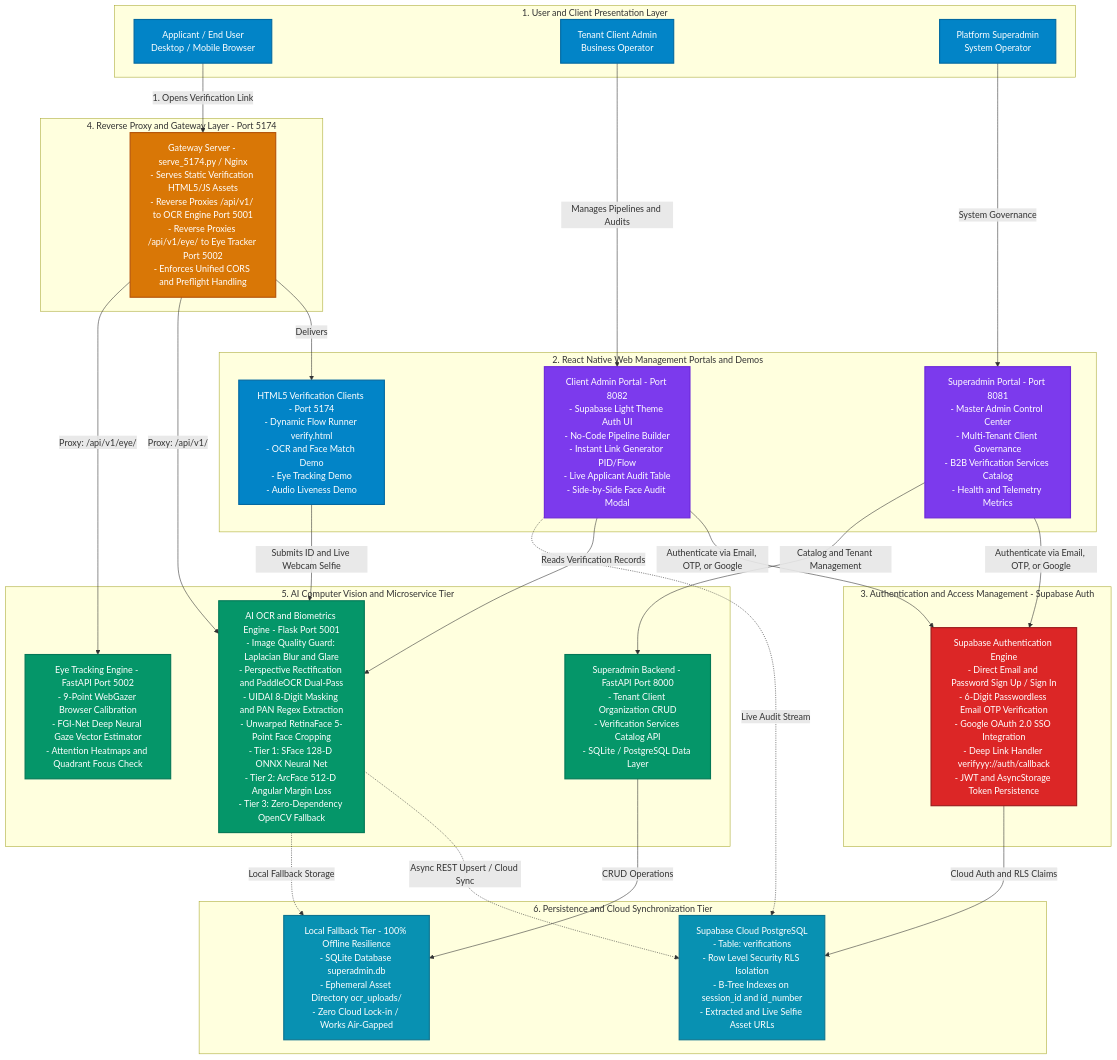
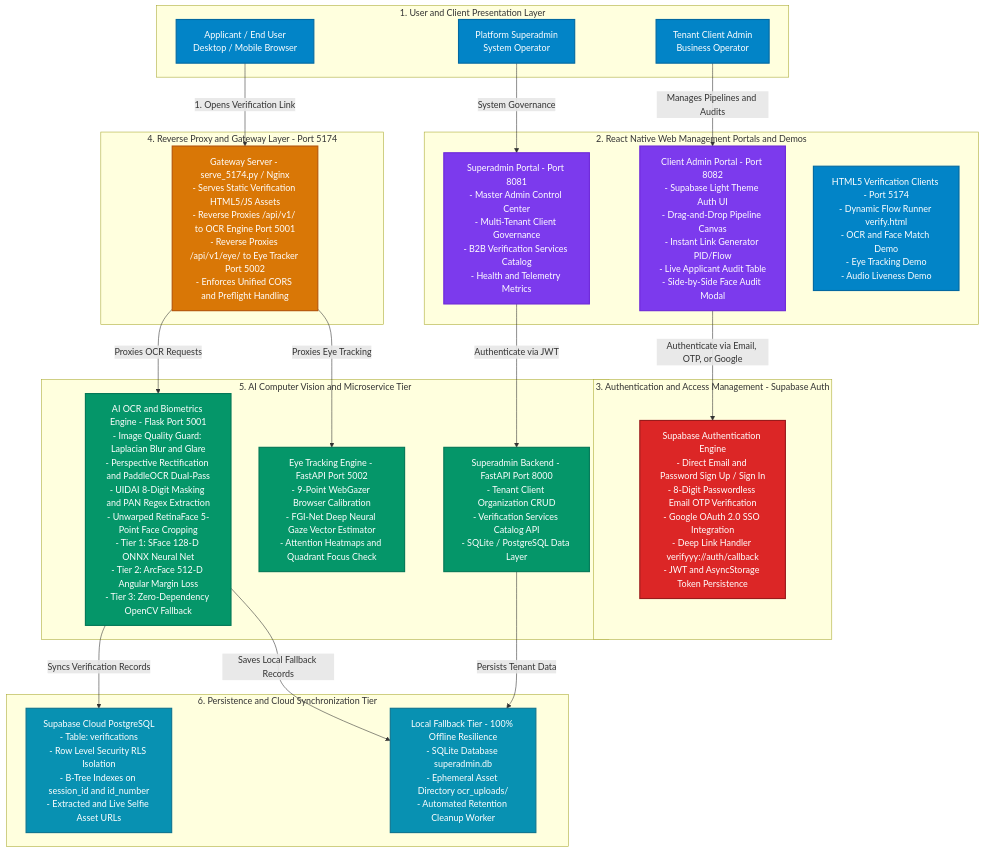
Before and after one commit to Saravanan2005real/identity-verify-mvp: the second of 7 diagrams in README.md, drawn with Mermaid. The commit also changed other lines of this file and 23 other files, not shown here.

Commit message:
feat: drag-and-drop pipeline canvas, 8-digit OTP with clipboard paste, unified README, and security controls

````diff
--- a/README.md
+++ b/README.md
@@ -104,66 +165,56 @@
 ```mermaid
 graph TB
     classDef client fill:#0284c7,stroke:#0369a1,stroke-width:2px,color:#ffffff
     classDef auth fill:#dc2626,stroke:#991b1b,stroke-width:2px,color:#ffffff
     classDef gateway fill:#d97706,stroke:#b45309,stroke-width:2px,color:#ffffff
     classDef ai fill:#059669,stroke:#047857,stroke-width:2px,color:#ffffff
     classDef app fill:#7c3aed,stroke:#6d28d9,stroke-width:2px,color:#ffffff
     classDef data fill:#0891b2,stroke:#0e7490,stroke-width:2px,color:#ffffff
 
     subgraph UserTier ["1. User and Client Presentation Layer"]
         Applicant["Applicant / End User<br/>Desktop / Mobile Browser"]:::client
         TenantAdmin["Tenant Client Admin<br/>Business Operator"]:::client
         SuperAdmin["Platform Superadmin<br/>System Operator"]:::client
     end
 
     subgraph Frontends ["2. React Native Web Management Portals and Demos"]
-        AdminFE["Client Admin Portal - Port 8082<br/>- Supabase Light Theme Auth UI<br/>- No-Code Pipeline Builder<br/>- Instant Link Generator PID/Flow<br/>- Live Applicant Audit Table<br/>- Side-by-Side Face Audit Modal"]:::app
+        AdminFE["Client Admin Portal - Port 8082<br/>- Supabase Light Theme Auth UI<br/>- Drag-and-Drop Pipeline Canvas<br/>- Instant Link Generator PID/Flow<br/>- Live Applicant Audit Table<br/>- Side-by-Side Face Audit Modal"]:::app
         SuperAdminFE["Superadmin Portal - Port 8081<br/>- Master Admin Control Center<br/>- Multi-Tenant Client Governance<br/>- B2B Verification Services Catalog<br/>- Health and Telemetry Metrics"]:::app
         VerificationDemos["HTML5 Verification Clients - Port 5174<br/>- Dynamic Flow Runner verify.html<br/>- OCR and Face Match Demo<br/>- Eye Tracking Demo<br/>- Audio Liveness Demo"]:::client
     end
 
     subgraph IdentityLayer ["3. Authentication and Access Management - Supabase Auth"]
-        AuthService["Supabase Authentication Engine<br/>- Direct Email and Password Sign Up / Sign In<br/>- 6-Digit Passwordless Email OTP Verification<br/>- Google OAuth 2.0 SSO Integration<br/>- Deep Link Handler verifyyy://auth/callback<br/>- JWT and AsyncStorage Token Persistence"]:::auth
+        AuthService["Supabase Authentication Engine<br/>- Direct Email and Password Sign Up / Sign In<br/>- 8-Digit Passwordless Email OTP Verification<br/>- Google OAuth 2.0 SSO Integration<br/>- Deep Link Handler verifyyy://auth/callback<br/>- JWT and AsyncStorage Token Persistence"]:::auth
     end
 
     subgraph GatewayLayer ["4. Reverse Proxy and Gateway Layer - Port 5174"]
         Gateway["Gateway Server - serve_5174.py / Nginx<br/>- Serves Static Verification HTML5/JS Assets<br/>- Reverse Proxies /api/v1/ to OCR Engine Port 5001<br/>- Reverse Proxies /api/v1/eye/ to Eye Tracker Port 5002<br/>- Enforces Unified CORS and Preflight Handling"]:::gateway
     end
 
     subgraph AIMicroservices ["5. AI Computer Vision and Microservice Tier"]
         OCRService["AI OCR and Biometrics Engine - Flask Port 5001<br/>- Image Quality Guard: Laplacian Blur and Glare<br/>- Perspective Rectification and PaddleOCR Dual-Pass<br/>- UIDAI 8-Digit Masking and PAN Regex Extraction<br/>- Unwarped RetinaFace 5-Point Face Cropping<br/>- Tier 1: SFace 128-D ONNX Neural Net<br/>- Tier 2: ArcFace 512-D Angular Margin Loss<br/>- Tier 3: Zero-Dependency OpenCV Fallback"]:::ai
         EyeService["Eye Tracking Engine - FastAPI Port 5002<br/>- 9-Point WebGazer Browser Calibration<br/>- FGI-Net Deep Neural Gaze Vector Estimator<br/>- Attention Heatmaps and Quadrant Focus Check"]:::ai
         SuperAdminBE["Superadmin Backend - FastAPI Port 8000<br/>- Tenant Client Organization CRUD<br/>- Verification Services Catalog API<br/>- SQLite / PostgreSQL Data Layer"]:::ai
     end
 
     subgraph StorageTier ["6. Persistence and Cloud Synchronization Tier"]
         SupabaseCloud["Supabase Cloud PostgreSQL<br/>- Table: verifications<br/>- Row Level Security RLS Isolation<br/>- B-Tree Indexes on session_id and id_number<br/>- Extracted and Live Selfie Asset URLs"]:::data
-        LocalDB["Local Fallback Tier - 100% Offline Resilience<br/>- SQLite Database superadmin.db<br/>- Ephemeral Asset Directory ocr_uploads/<br/>- Zero Cloud Lock-in / Works Air-Gapped"]:::data
+        LocalDB["Local Fallback Tier - 100% Offline Resilience<br/>- SQLite Database superadmin.db<br/>- Ephemeral Asset Directory ocr_uploads/<br/>- Automated Retention Cleanup Worker"]:::data
     end
 
     %% User Interactions
     Applicant -->|"1. Opens Verification Link"| Gateway
     TenantAdmin -->|"Manages Pipelines and Audits"| AdminFE
     SuperAdmin -->|"System Governance"| SuperAdminFE
 
     %% Auth Interactions
     AdminFE -->|"Authenticate via Email, OTP, or Google"| AuthService
-    SuperAdminFE -->|"Authenticate via Email, OTP, or Google"| AuthService
-    AuthService -->|"Cloud Auth and RLS Claims"| SupabaseCloud
+    SuperAdminFE -->|"Authenticate via JWT"| SuperAdminBE
 
-    %% Gateway Delivery & Proxying
-    Gateway -->|"Delivers"| VerificationDemos
-    Gateway -->|"Proxy: /api/v1/"| OCRService
-    Gateway -->|"Proxy: /api/v1/eye/"| EyeService
-
-    %% Frontend to Backend Connections
-    VerificationDemos -->|"Submits ID and Live Webcam Selfie"| OCRService
-    AdminFE -->|"Reads Verification Records"| OCRService
-    SuperAdminFE -->|"Catalog and Tenant Management"| SuperAdminBE
-    SuperAdminBE -->|"CRUD Operations"| LocalDB
-
-    %% Cloud Sync
-    OCRService -.->|"Async REST Upsert / Cloud Sync"| SupabaseCloud
-    OCRService -.->|"Local Fallback Storage"| LocalDB
-    AdminFE -.->|"Live Audit Stream"| SupabaseCloud
+    %% Flow Execution
+    Gateway -->|"Proxies OCR Requests"| OCRService
+    Gateway -->|"Proxies Eye Tracking"| EyeService
+    OCRService -->|"Syncs Verification Records"| SupabaseCloud
+    OCRService -->|"Saves Local Fallback Records"| LocalDB
+    SuperAdminBE -->|"Persists Tenant Data"| LocalDB
 ```
````
